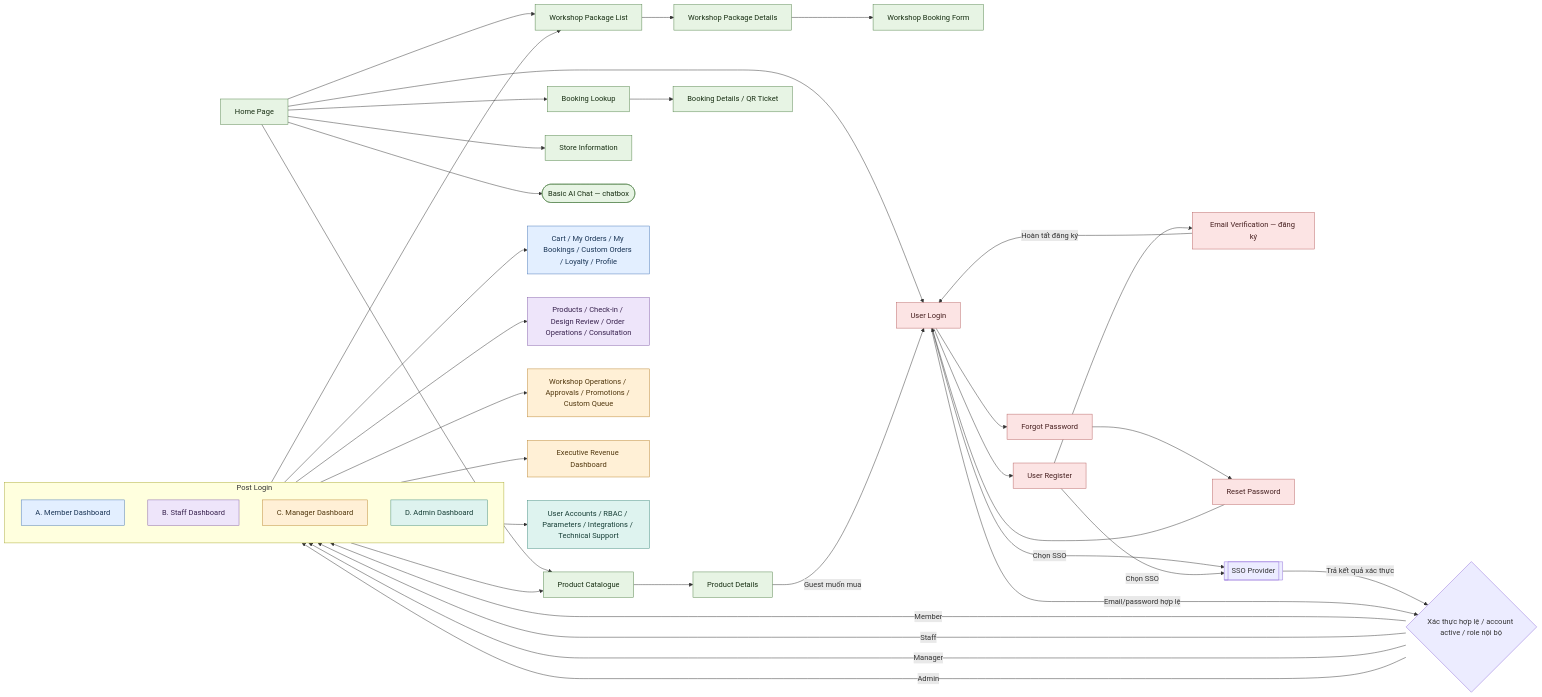
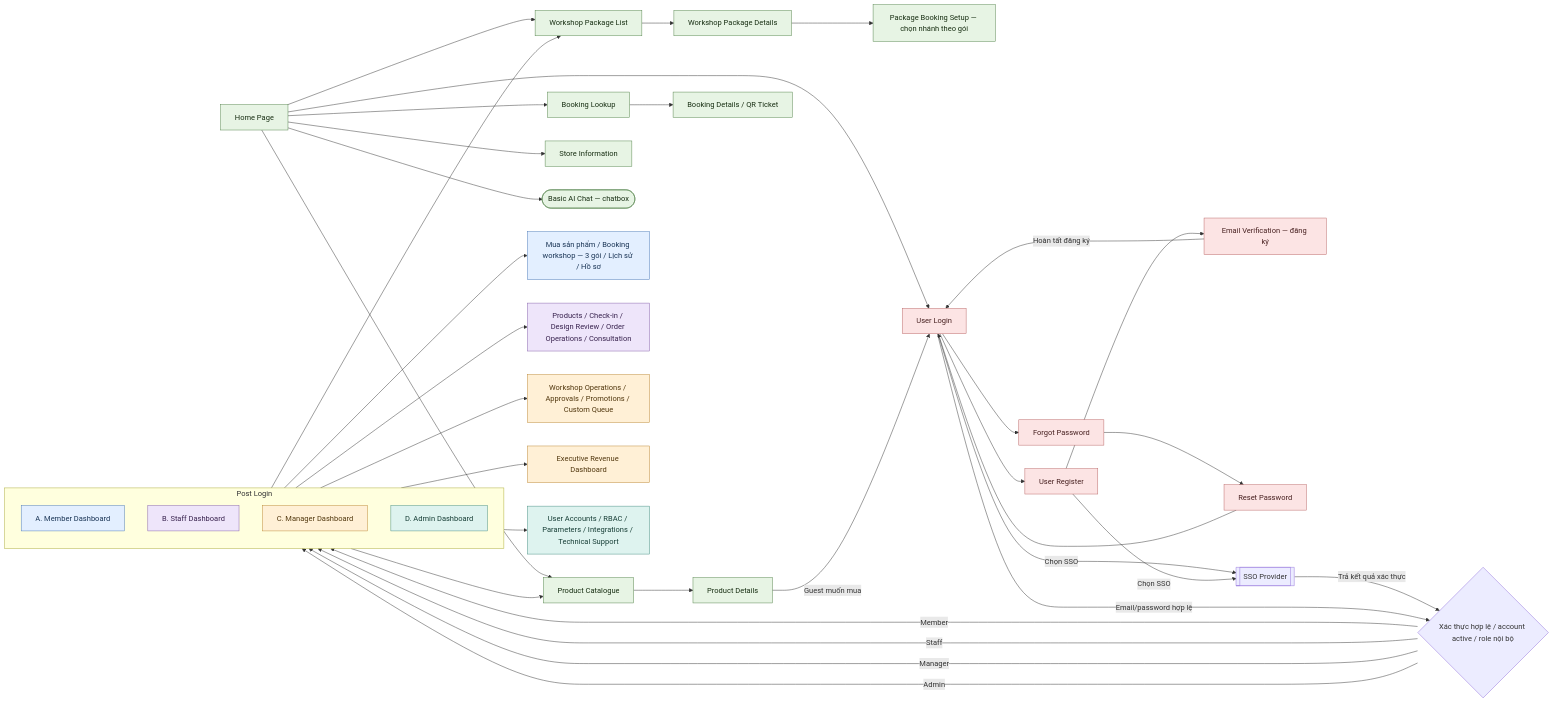
One commit to quoc-ca/mland-operations-hub changed the first of 10 diagrams in ppswbs-spec/screen.md. Above: the diagram before and after it, drawn with Mermaid. The commit also changed other lines of this file, not shown here.

````diff
--- a/ppswbs-spec/screen.md
+++ b/ppswbs-spec/screen.md
@@ -18,72 +18,72 @@
 ```mermaid
 flowchart LR
     Home["Home Page"]
     Products["Product Catalogue"]
     Product["Product Details"]
     Packages["Workshop Package List"]
     Package["Workshop Package Details"]
-    Booking["Workshop Booking Form"]
+    Booking["Package Booking Setup — chọn nhánh theo gói"]
     Lookup["Booking Lookup"]
     BookingDetails["Booking Details / QR Ticket"]
     Store["Store Information"]
     AI(["Basic AI Chat — chatbox"])
     Login["User Login"]
     Register["User Register"]
     Verify["Email Verification — đăng ký"]
     Forgot["Forgot Password"]
     Reset["Reset Password"]
     SSO[["SSO Provider"]]
     Access{"Xác thực hợp lệ / account active / role nội bộ"}
 
     subgraph PostLogin["Post Login"]
         direction TB
         A["A. Member Dashboard"]
         B["B. Staff Dashboard"]
         C["C. Manager Dashboard"]
         D["D. Admin Dashboard"]
     end
 
-    MemberEntry["Cart / My Orders / My Bookings / Custom Orders / Loyalty / Profile"]
+    MemberEntry["Mua sản phẩm / Booking workshop — 3 gói / Lịch sử / Hồ sơ"]
     StaffEntry["Products / Check-in / Design Review / Order Operations / Consultation"]
     ManagerEntry["Workshop Operations / Approvals / Promotions / Custom Queue"]
     Revenue["Executive Revenue Dashboard"]
     AdminEntry["User Accounts / RBAC / Parameters / Integrations / Technical Support"]
 
     Home --> Products --> Product
     Home --> Packages --> Package --> Booking
     Home --> Lookup --> BookingDetails
     Home --> Store
     Home --> AI
     Home --> Login
     Product -->|"Guest muốn mua"| Login
     Login --> Register --> Verify -->|"Hoàn tất đăng ký"| Login
     Login --> Forgot --> Reset --> Login
     Login -->|"Chọn SSO"| SSO
     Register -->|"Chọn SSO"| SSO
     SSO -->|"Trả kết quả xác thực"| Access
     Login -->|"Email/password hợp lệ"| Access
     Access -->|"Member"| A
     Access -->|"Staff"| B
     Access -->|"Manager"| C
     Access -->|"Admin"| D
     A --> MemberEntry
     A --> Products
     A --> Packages
     B --> StaffEntry
     C --> ManagerEntry
     C --> Revenue
     D --> AdminEntry
 
     classDef public fill:#e7f4e4,stroke:#54844b,color:#172e12;
     classDef auth fill:#fce4e4,stroke:#b96565,color:#472020;
     classDef member fill:#e3efff,stroke:#4a78b8,color:#183354;
     classDef staff fill:#eee5fa,stroke:#8560aa,color:#38224e;
     classDef manager fill:#fff0d6,stroke:#bc8734,color:#51370e;
     classDef admin fill:#def3ef,stroke:#458d80,color:#173e36;
     class Home,Products,Product,Packages,Package,Booking,Lookup,BookingDetails,Store,AI public;
     class Login,Register,Verify,Forgot,Reset auth;
     class A,MemberEntry member;
     class B,StaffEntry staff;
     class C,ManagerEntry,Revenue manager;
     class D,AdminEntry admin;
 ```
````
